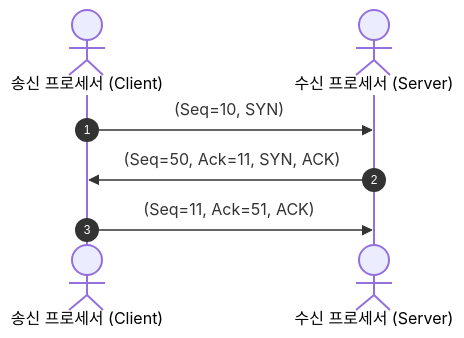
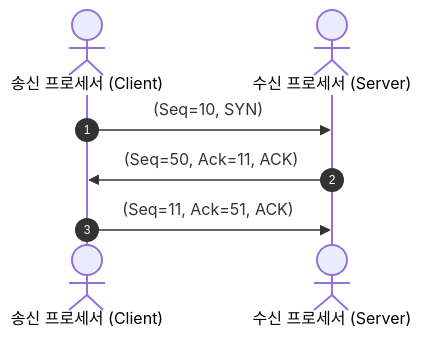
The first of 2 diagrams in University/3-1/컴퓨터 네트워크.md (potatostore/Obsidian), drawn with Mermaid before and after one commit. The commit also changed other lines of this file and 5 other files, not shown here.

````diff
--- a/University/3-1/컴퓨터 네트워크.md
+++ b/University/3-1/컴퓨터 네트워크.md
@@ -508,15 +544,15 @@
 ```mermaid
 sequenceDiagram
     autonumber
     actor Client as 송신 프로세서 (Client)
     actor Server as 수신 프로세서 (Server)
     
     %% 1단계: SYN
     Client->>Server: (Seq=10, SYN)
 
     %% 2단계: SYN + ACK
-    Server->>Client: (Seq=50, Ack=11, SYN, ACK)
+    Server->>Client: (Seq=50, Ack=11, ACK)
 
     %% 3단계: ACK
     Client->>Server: (Seq=11, Ack=51, ACK)
 ```
````
